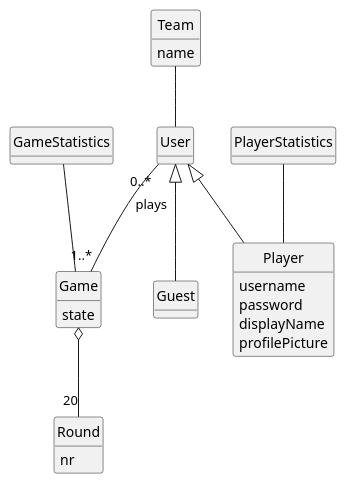
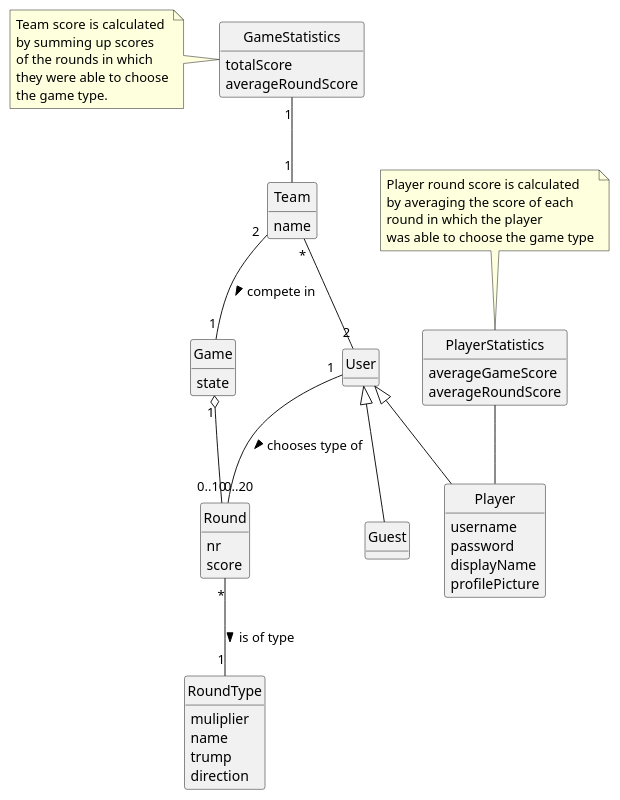
One commit to PascalHonegger/JassTracker changed the diagram in Documentation/src/resources/domain-model.puml. Above: the diagram before and after it, drawn with PlantUML.

Commit message:
feat(domain model): refine domain model based on FRs

```diff
--- a/Documentation/src/resources/domain-model.puml
+++ b/Documentation/src/resources/domain-model.puml
@@ -1,44 +1,71 @@
 @startuml domain model
 
 hide circle
 hide empty methods
 
 class User{
 
 }
 
 class Game{
     state
 }
 
 class GameStatistics{
-    
+    totalScore
+    averageRoundScore
 }
 
 class Player{
     username
     password
     displayName
     profilePicture
 }
 
 class PlayerStatistics{
-
+    averageGameScore
+    averageRoundScore
 }
 
 class Round{
     nr
+    score
+}
+
+class RoundType {
+    muliplier
+    name
+    trump
+    direction
 }
 
 class Team{
     name
 }
 
+note left of GameStatistics
+    Team score is calculated
+    by summing up scores
+    of the rounds in which
+    they were able to choose
+    the game type.
+end note
+
+note top of PlayerStatistics
+    Player round score is calculated
+    by averaging the score of each
+    round in which the player
+    was able to choose the game type
+end note
+
 User <|-- Player
 User <|-- Guest
-User "0..*" -- "1..*" Game : plays
-Team -- User
-Game o-- "20" Round
-GameStatistics -- Game
+User "1" -- "0..10" Round : chooses type of >
+Team "*" -- "2" User
+Team "2" -- "1" Game : compete in >
+Game "1" o-- "0..20" Round
+Round "*" -- "1" RoundType : is of type >
+GameStatistics "1" -- "1" Team
 PlayerStatistics -- Player
 @enduml
```
